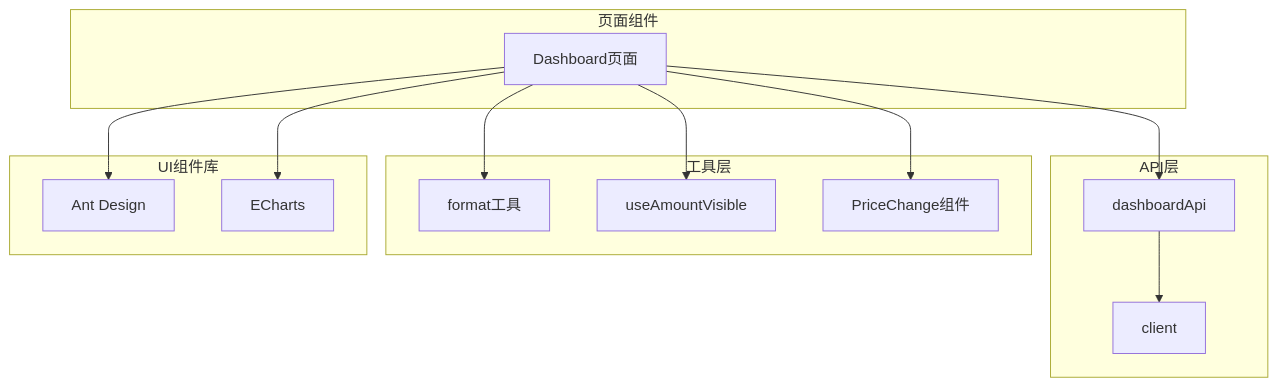
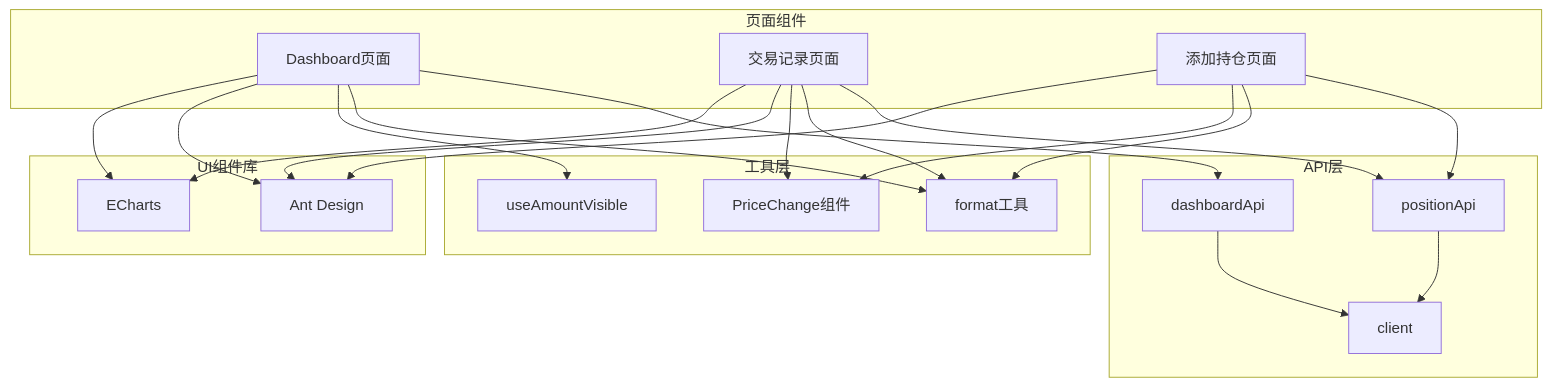
One commit to gree-coder/fund-butler changed diagram 11 of 11 in .qoder/repowiki/zh/content/Dashboard Enhancement.md. Above: the diagram before and after it, drawn with Mermaid. The commit also changed other lines of this file and 34 other files, not shown here.

````diff
--- a/.qoder/repowiki/zh/content/Dashboard Enhancement.md
+++ b/.qoder/repowiki/zh/content/Dashboard Enhancement.md
@@ -379,26 +458,38 @@
 ```mermaid
 graph TB
 subgraph "页面组件"
 DP[Dashboard页面]
+TL[交易记录页面]
+AP[添加持仓页面]
 end
 subgraph "API层"
 DA[dashboardApi]
+PA[positionApi]
 CL[client]
 end
 subgraph "工具层"
 UF[format工具]
 UV[useAmountVisible]
 PC[PriceChange组件]
 end
 subgraph "UI组件库"
 AD[Ant Design]
 EC[ECharts]
 end
 DP --> DA
+TL --> PA
+AP --> PA
 DP --> UF
+TL --> UF
+AP --> UF
 DP --> UV
-DP --> PC
+TL --> PC
+AP --> PC
 DA --> CL
+PA --> CL
 DP --> AD
+TL --> AD
+AP --> AD
 DP --> EC
+TL --> EC
 ```
````
